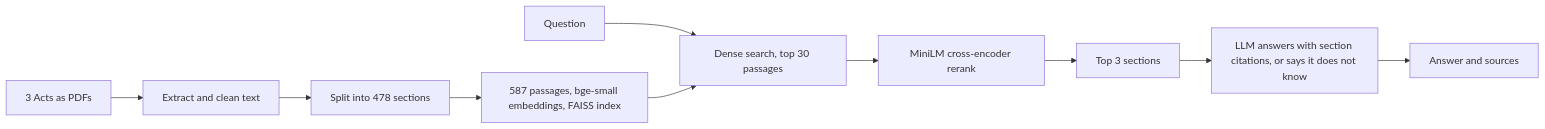
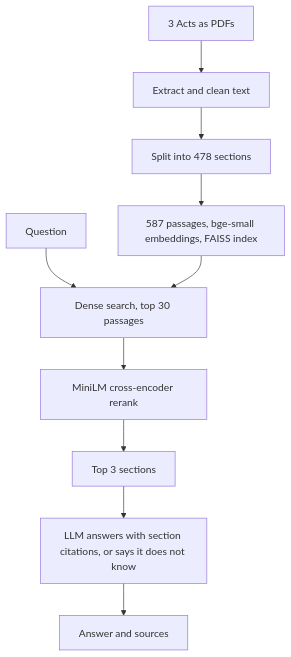
One commit to husainn-7/mylaw-rag changed the diagram in README.md. Above: the diagram before and after it, drawn with Mermaid.

Commit message:
Make architecture diagram vertical

````diff
--- a/README.md
+++ b/README.md
@@ -29,12 +29,12 @@
 ```mermaid
-flowchart LR
+flowchart TD
     A[3 Acts as PDFs] --> B[Extract and clean text]
     B --> C[Split into 478 sections]
     C --> D[587 passages, bge-small embeddings, FAISS index]
     Q[Question] --> E[Dense search, top 30 passages]
     D --> E
     E --> F[MiniLM cross-encoder rerank]
     F --> G[Top 3 sections]
     G --> H[LLM answers with section citations, or says it does not know]
     H --> I[Answer and sources]
 ```
````
